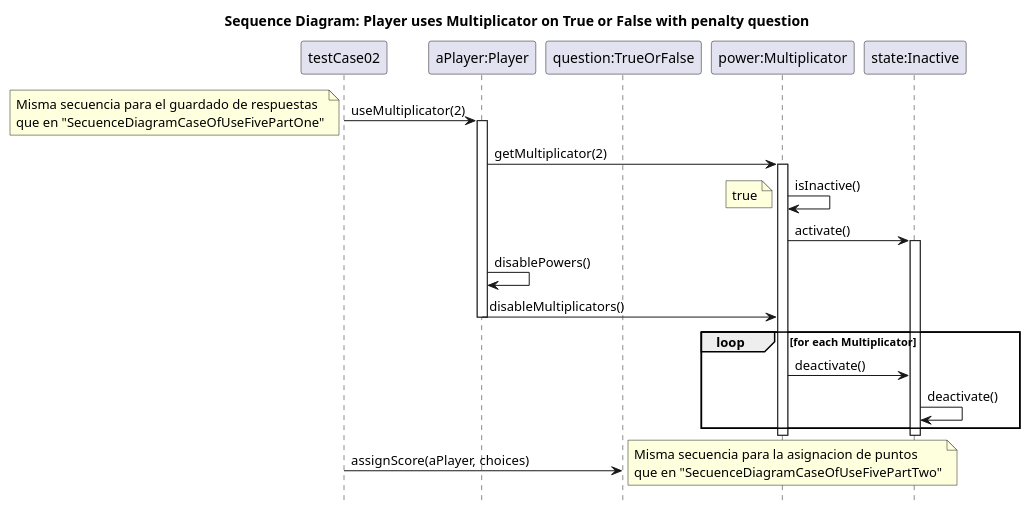
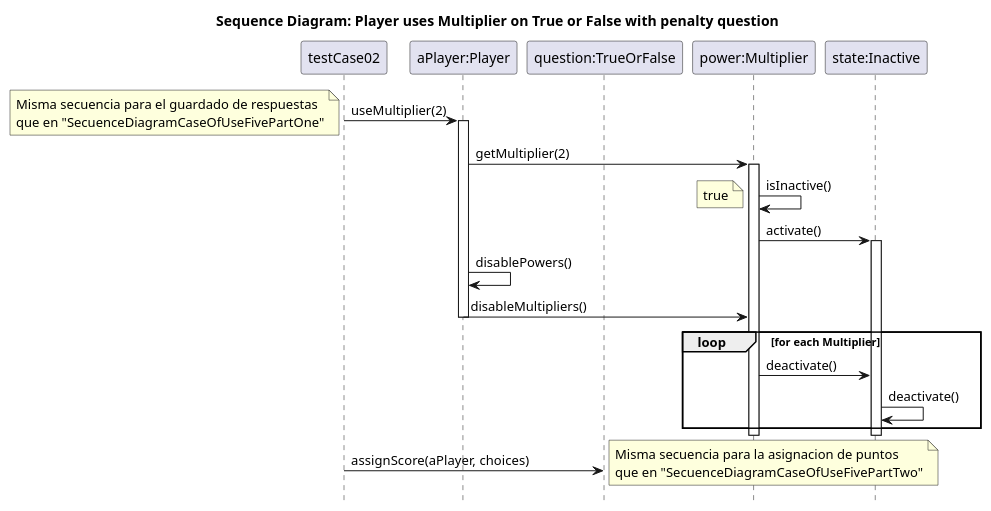
Before and after one commit to agpelliciari/TP2-Algo-III: the diagram in UML files/SecuenceDiagramMultiplicatorUsage.puml, drawn with PlantUML. The commit also changed other lines of this file and 3 other files, not shown here.

```diff
--- a/UML files/SecuenceDiagramMultiplicatorUsage.puml
+++ b/UML files/SecuenceDiagramMultiplicatorUsage.puml
@@ -4,45 +4,45 @@
 @startuml Diag rama de Secuencia
-title Sequence Diagram: Player uses Multiplicator on True or False with penalty question
+title Sequence Diagram: Player uses Multiplier on True or False with penalty question
 
 
 hide footbox
 
 participant "testCase02" as actor
 participant "aPlayer:Player" as player
 participant "question:TrueOrFalse" as question
-participant "power:Multiplicator" as power
+participant "power:Multiplier" as power
 participant "state:Inactive" as state
 
 
 
 
-actor -> player: useMultiplicator(2)
+actor -> player: useMultiplier(2)
 note left
     Misma secuencia para el guardado de respuestas 
     que en "SecuenceDiagramCaseOfUseFivePartOne"
 end note
 activate player
-player -> power: getMultiplicator(2)
+player -> power: getMultiplier(2)
 activate power
 power -> power: isInactive()
 note left: true
 power -> state: activate()
 activate state
 
 player -> player: disablePowers()
-player -> power: disableMultiplicators()
+player -> power: disableMultipliers()
 deactivate player
-loop for each Multiplicator
+loop for each Multiplier
 power -> state: deactivate()
 state -> state: deactivate()
 end loop
 deactivate power
 deactivate state
 actor -> question: assignScore(aPlayer, choices)
 note right
     Misma secuencia para la asignacion de puntos
     que en "SecuenceDiagramCaseOfUseFivePartTwo"
 end note
 
 
 @enduml
```
